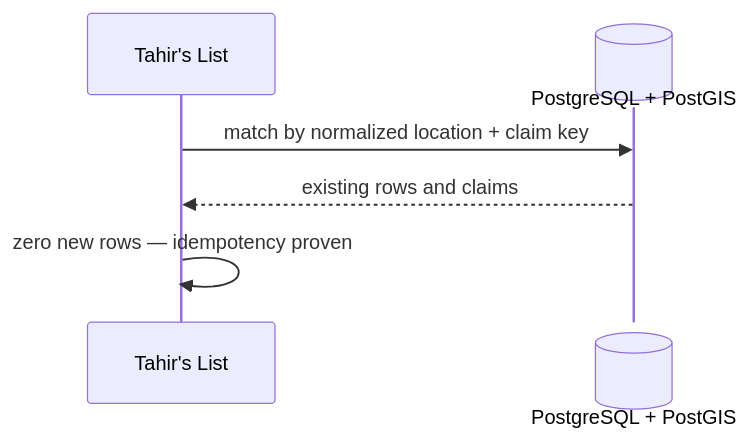
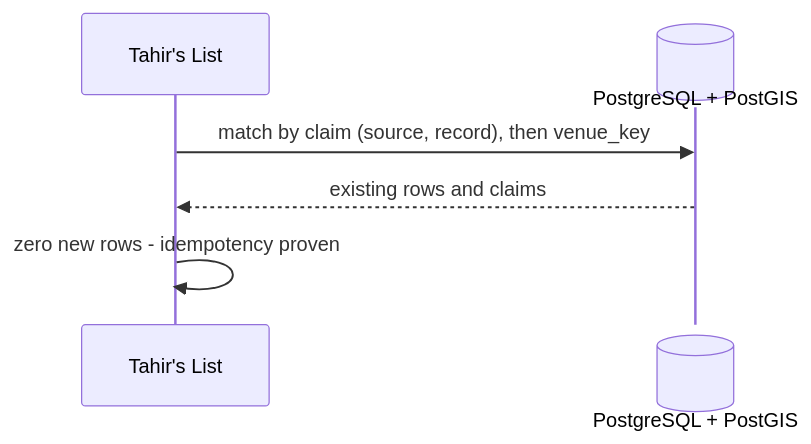
One commit to Losers-Lab/tahirs-list changed the third of 10 diagrams in docs/features/SC-211/04-blackbox/UC-03-load-reviewed-batch.md. Above: the diagram before and after it, drawn with Mermaid. The commit also changed other lines of this file and 8 other files, not shown here.

````diff
--- a/docs/features/SC-211/04-blackbox/UC-03-load-reviewed-batch.md
+++ b/docs/features/SC-211/04-blackbox/UC-03-load-reviewed-batch.md
@@ -37,8 +37,8 @@
 ```mermaid
 sequenceDiagram
   participant TL as Tahir's List
   participant DB@{ "type": "database" } as PostgreSQL + PostGIS
-  TL->>DB: match by normalized location + claim key
+  TL->>DB: match by claim (source, record), then venue_key
   DB-->>TL: existing rows and claims
-  TL->>TL: zero new rows — idempotency proven
+  TL->>TL: zero new rows - idempotency proven
 ```
````
